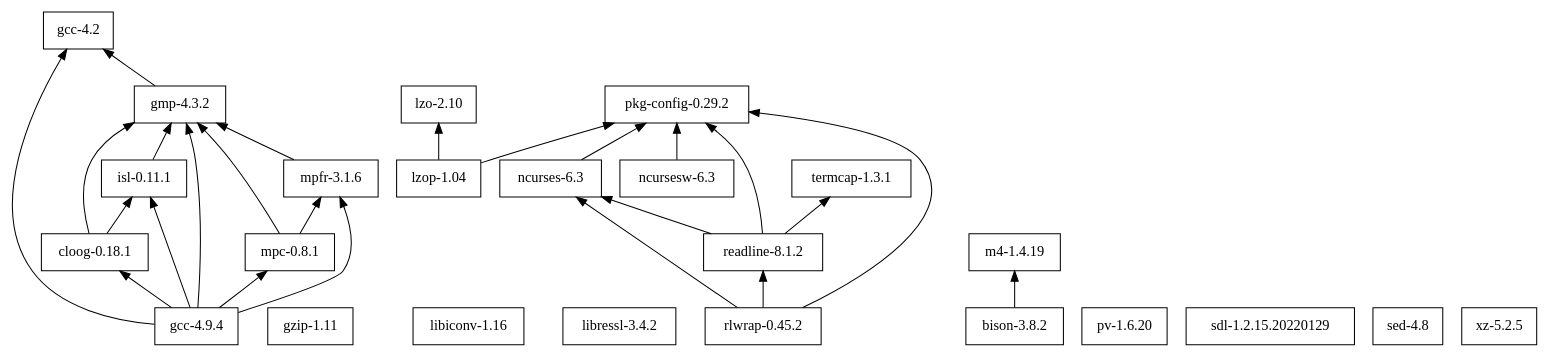
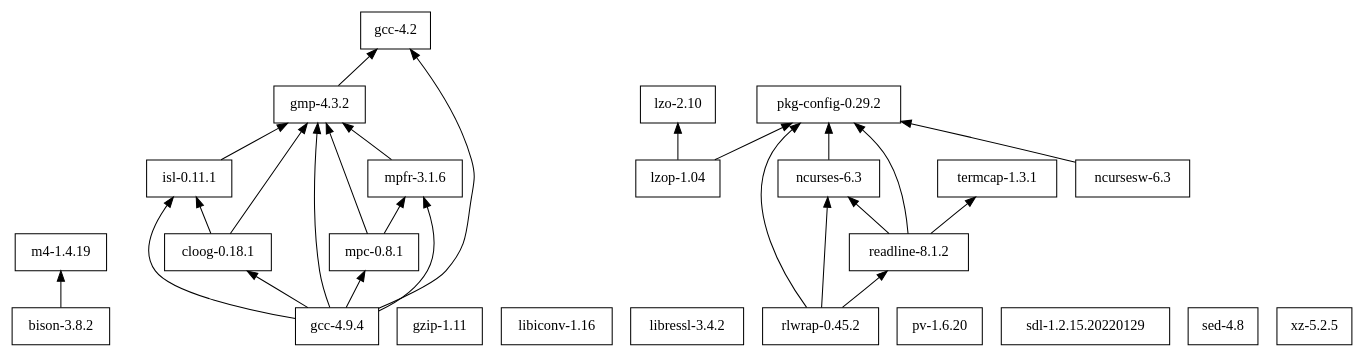
One commit to cellularmitosis/leopard.sh changed the diagram in leopardsh/deps/dependencies.dot. Above: the diagram before and after it, drawn with Graphviz. The commit also changed 15 other files, not shown here.

```diff
--- a/leopardsh/deps/dependencies.dot
+++ b/leopardsh/deps/dependencies.dot
@@ -1,47 +1,42 @@
 digraph mygraph {
 node [shape=box];
 rankdir = BT;
 
-"gcc-4.2"
-"gzip-1.11"
-"libiconv-1.16"
-"libressl-3.4.2"
-"lzo-2.10"
-"ncurses-6.3"
-"ncursesw-6.3"
-"m4-1.4.19"
-"pkg-config-0.29.2"
-"pv-1.6.20"
-"readline-8.1.2"
-"rlwrap-0.45.2"
-"sdl-1.2.15.20220129"
-"sed-4.8"
-"termcap-1.3.1"
-"xz-5.2.5"
-
 "bison-3.8.2" -> "m4-1.4.19"
 "cloog-0.18.1" -> "gmp-4.3.2"
 "cloog-0.18.1" -> "isl-0.11.1"
+"gcc-4.2"
 "gcc-4.9.4" -> "cloog-0.18.1"
 "gcc-4.9.4" -> "gcc-4.2"
 "gcc-4.9.4" -> "gmp-4.3.2"
 "gcc-4.9.4" -> "isl-0.11.1"
 "gcc-4.9.4" -> "mpc-0.8.1"
 "gcc-4.9.4" -> "mpfr-3.1.6"
 "gmp-4.3.2" -> "gcc-4.2"
+"gzip-1.11"
 "isl-0.11.1" -> "gmp-4.3.2"
+"libiconv-1.16"
+"libressl-3.4.2"
+"lzo-2.10"
 "lzop-1.04" -> "lzo-2.10"
 "lzop-1.04" -> "pkg-config-0.29.2"
+"m4-1.4.19"
 "mpc-0.8.1" -> "gmp-4.3.2"
 "mpc-0.8.1" -> "mpfr-3.1.6"
 "mpfr-3.1.6" -> "gmp-4.3.2"
 "ncurses-6.3" -> "pkg-config-0.29.2"
 "ncursesw-6.3" -> "pkg-config-0.29.2"
+"pkg-config-0.29.2"
+"pv-1.6.20"
 "readline-8.1.2" -> "ncurses-6.3"
 "readline-8.1.2" -> "pkg-config-0.29.2"
 "readline-8.1.2" -> "termcap-1.3.1"
 "rlwrap-0.45.2" -> "ncurses-6.3"
 "rlwrap-0.45.2" -> "pkg-config-0.29.2"
 "rlwrap-0.45.2" -> "readline-8.1.2"
+"sdl-1.2.15.20220129"
+"sed-4.8"
+"termcap-1.3.1"
+"xz-5.2.5"
 
 }
```
